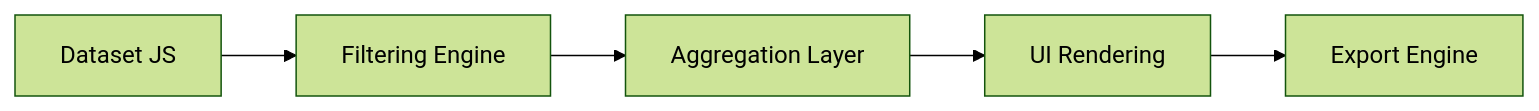
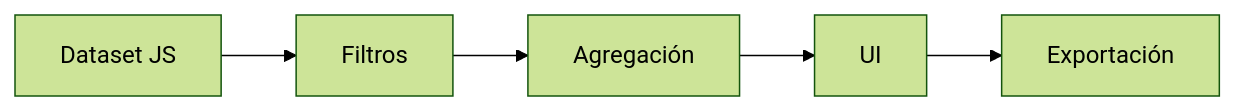
The diagram in README.md (PhillypsB/AM), drawn with Mermaid (forest theme) before and after one commit. The commit also changed other lines of this file, not shown here.

````diff
--- a/README.md
+++ b/README.md
@@ -40,7 +76,7 @@
 ```mermaid
 flowchart LR
-A[Dataset JS] --> B[Filtering Engine]
-B --> C[Aggregation Layer]
-C --> D[UI Rendering]
-D --> E[Export Engine]
+A[Dataset JS] --> B[Filtros]
+B --> C[Agregación]
+C --> D[UI]
+D --> E[Exportación]
 ```
````
